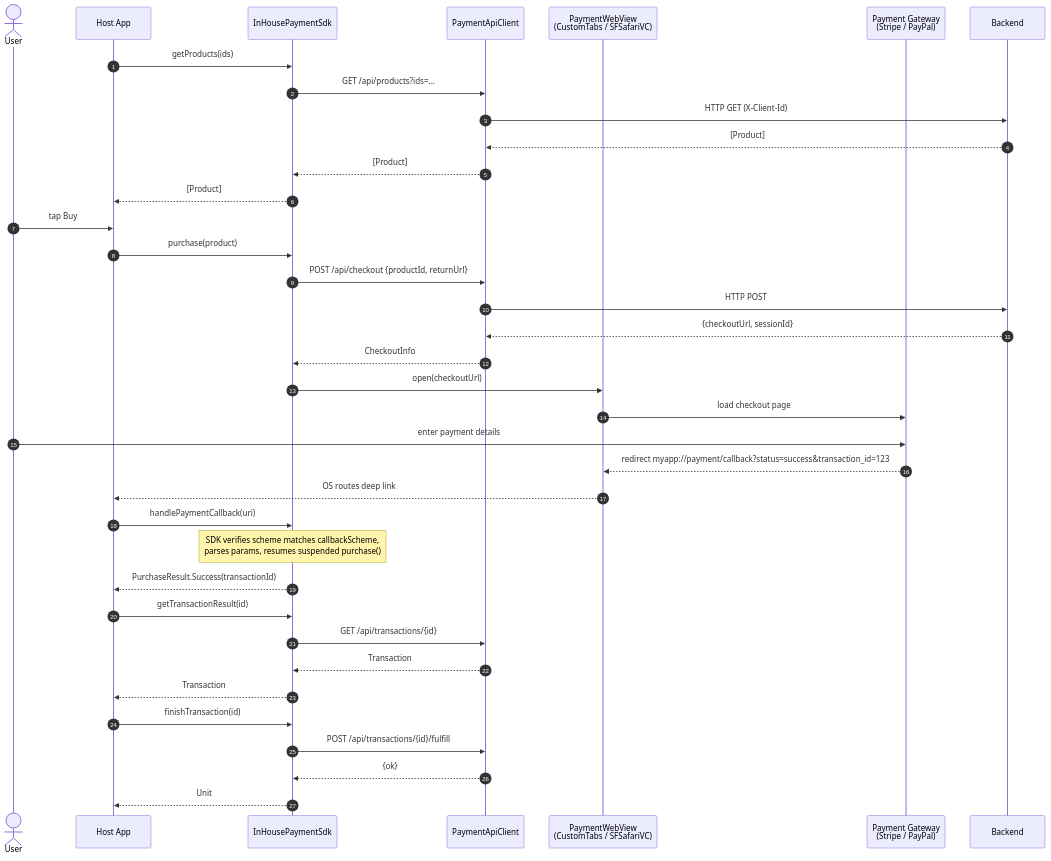
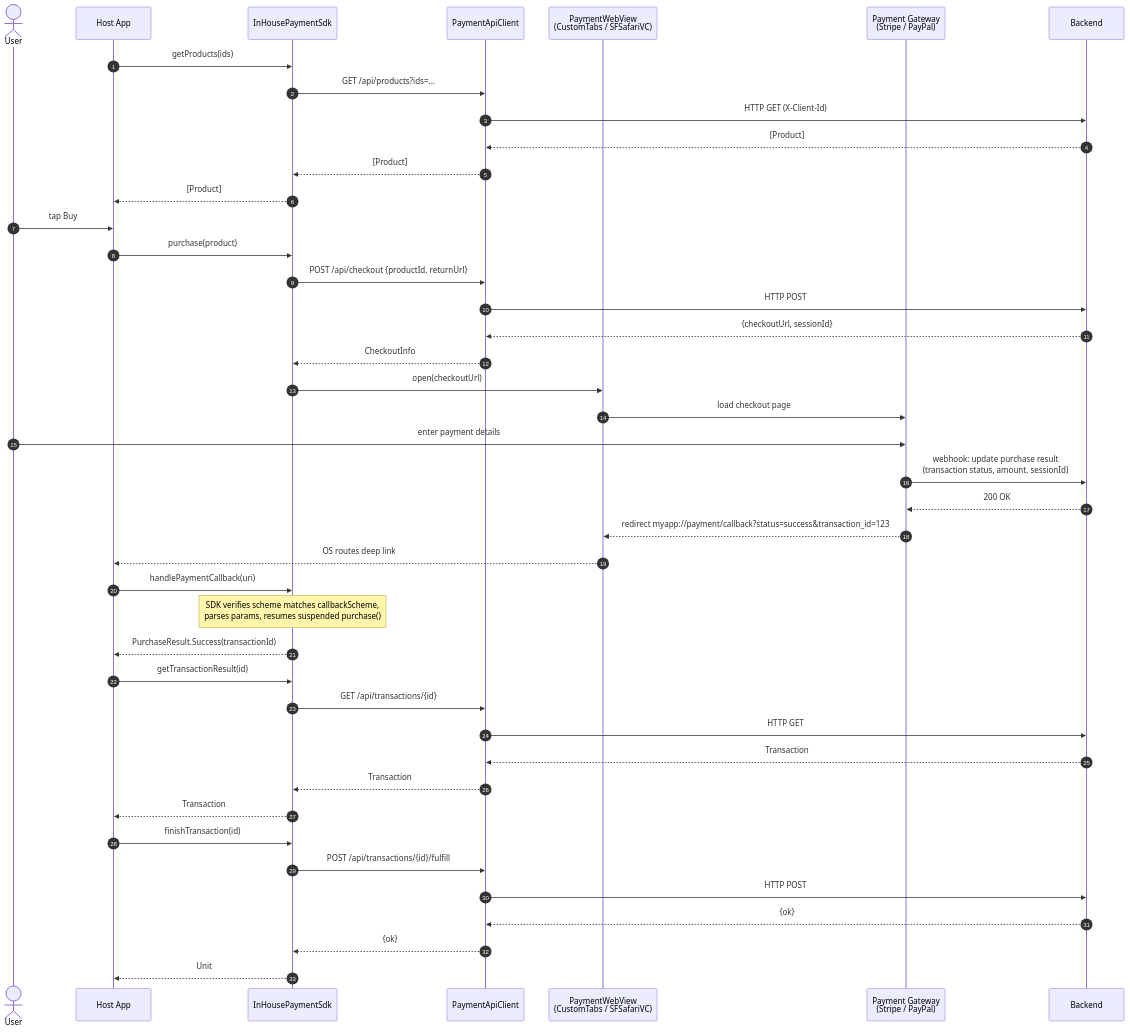
One commit to KhangTranUney/SharedPaymentSdk changed the first of 2 diagrams in README.md. Above: the diagram before and after it, drawn with Mermaid.

Commit message:
Add gateway webhook + backend calls in section 3c sequence diagram
Generated with [Devin](https://cli.devin.ai/docs)

````diff
--- a/README.md
+++ b/README.md
@@ -143,43 +143,49 @@
 ```mermaid
 sequenceDiagram
     autonumber
     actor User
     participant App as Host App
     participant SDK as InHousePaymentSdk
     participant API as PaymentApiClient
     participant Web as PaymentWebView<br/>(CustomTabs / SFSafariVC)
     participant GW as Payment Gateway<br/>(Stripe / PayPal)
     participant BE as Backend
 
     App->>SDK: getProducts(ids)
     SDK->>API: GET /api/products?ids=...
     API->>BE: HTTP GET (X-Client-Id)
     BE-->>API: [Product]
     API-->>SDK: [Product]
     SDK-->>App: [Product]
 
     User->>App: tap Buy
     App->>SDK: purchase(product)
     SDK->>API: POST /api/checkout {productId, returnUrl}
     API->>BE: HTTP POST
     BE-->>API: {checkoutUrl, sessionId}
     API-->>SDK: CheckoutInfo
     SDK->>Web: open(checkoutUrl)
     Web->>GW: load checkout page
     User->>GW: enter payment details
+    GW->>BE: webhook: update purchase result<br/>(transaction status, amount, sessionId)
+    BE-->>GW: 200 OK
     GW-->>Web: redirect myapp://payment/callback?status=success&transaction_id=123
     Web-->>App: OS routes deep link
     App->>SDK: handlePaymentCallback(uri)
     Note over SDK: SDK verifies scheme matches callbackScheme,<br/>parses params, resumes suspended purchase()
     SDK-->>App: PurchaseResult.Success(transactionId)
 
     App->>SDK: getTransactionResult(id)
     SDK->>API: GET /api/transactions/{id}
+    API->>BE: HTTP GET
+    BE-->>API: Transaction
     API-->>SDK: Transaction
     SDK-->>App: Transaction
 
     App->>SDK: finishTransaction(id)
     SDK->>API: POST /api/transactions/{id}/fulfill
+    API->>BE: HTTP POST
+    BE-->>API: {ok}
     API-->>SDK: {ok}
     SDK-->>App: Unit
 ```
````
